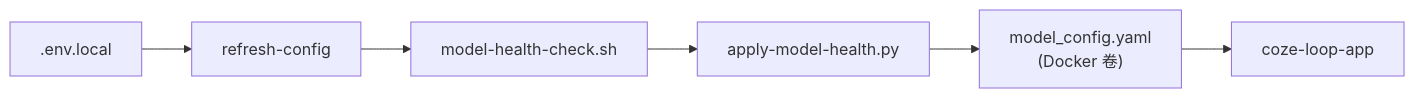
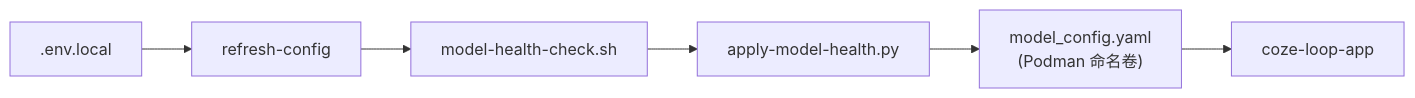
Before and after one commit to ClaireWong86/Draft-Design: the sixth of 6 diagrams in docs/prompt-loop/architecture.md, drawn with Mermaid. The commit also changed other lines of this file and 34 other files, not shown here.

````diff
--- a/docs/prompt-loop/architecture.md
+++ b/docs/prompt-loop/architecture.md
@@ -187,15 +206,15 @@
 ```mermaid
 flowchart LR
     EnvLocal[".env.local"]
     Refresh["refresh-config"]
     Health["model-health-check.sh"]
     Apply["apply-model-health.py"]
-    YAML["model_config.yaml\n(Docker 卷)"]
+    YAML["model_config.yaml\n(Podman 命名卷)"]
     App["coze-loop-app"]
 
     EnvLocal --> Refresh
     Refresh --> Health
     Health --> Apply
     Apply --> YAML
     YAML --> App
 ```
````
